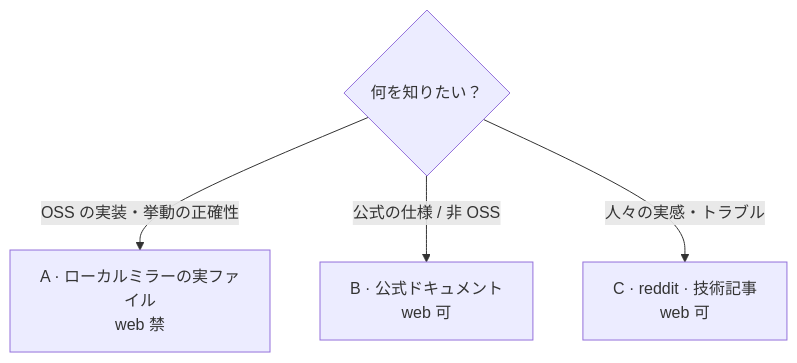
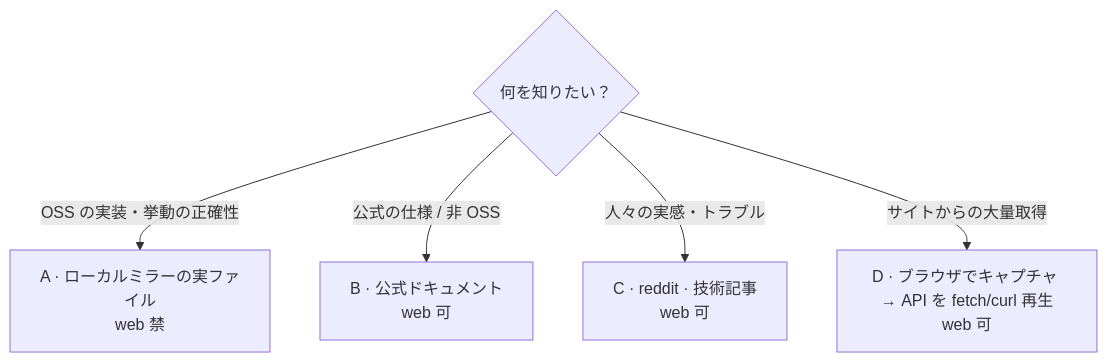
The first of 2 diagrams in dotfiles/.agents/skills.exact/research-strategy/SKILL.md (CatBraaain/dotfiles), drawn with Mermaid before and after one commit. The commit also changed other lines of this file and 2 other files, not shown here.

Commit message:
feat: add web research time budget and capture-first playbook

````diff
--- a/dotfiles/.agents/skills.exact/research-strategy/SKILL.md
+++ b/dotfiles/.agents/skills.exact/research-strategy/SKILL.md
@@ -28,7 +29,8 @@
 ```mermaid
 flowchart TD
   Q{"何を知りたい？"}
   Q -->|"OSS の実装・挙動の正確性"| A["A · ローカルミラーの実ファイル<br/>web 禁"]
   Q -->|"公式の仕様 / 非 OSS"| B["B · 公式ドキュメント<br/>web 可"]
   Q -->|"人々の実感・トラブル"| C["C · reddit · 技術記事<br/>web 可"]
+  Q -->|"サイトからの大量取得"| D["D · ブラウザでキャプチャ → API を fetch/curl 再生<br/>web 可"]
 ```
````
